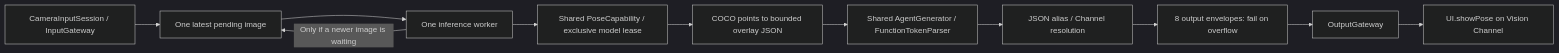
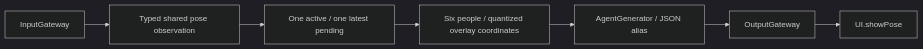
One commit to devilyouwei/MobileHarness changed the diagram in MobileHarness/Agents/Photographer/README.md. Above: the diagram before and after it, drawn with Mermaid (dark theme). The commit also changed other lines of this file and 43 other files, not shown here.

````diff
--- a/MobileHarness/Agents/Photographer/README.md
+++ b/MobileHarness/Agents/Photographer/README.md
@@ -73,13 +7,8 @@
 ```mermaid
 flowchart LR
-    Gateway[CameraInputSession / InputGateway] --> Inbox[One latest pending image]
-    Inbox --> Worker[One inference worker]
-    Worker --> Pose[Shared PoseCapability / exclusive model lease]
-    Pose --> Format[COCO points to bounded overlay JSON]
-    Format --> Parser[Shared AgentGenerator / FunctionTokenParser]
-    Parser --> Registry[JSON alias / Channel resolution]
-    Registry --> Output[8 output envelopes: fail on overflow]
-    Output --> OG[OutputGateway]
-    OG --> Action[UI.showPose on Vision Channel]
-    Worker -->|Only if a newer image is waiting| Inbox
+    InputGateway --> Pose[Typed shared pose observation]
+    Pose --> Inbox[One active / one latest pending]
+    Inbox --> Display[Six people / quantized overlay coordinates]
+    Display --> Generator[AgentGenerator / JSON alias]
+    Generator --> OutputGateway --> Action[UI.showPose]
 ```
````
